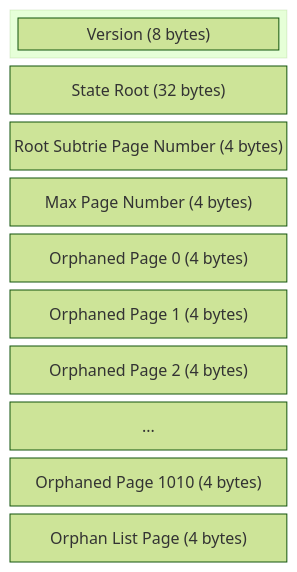
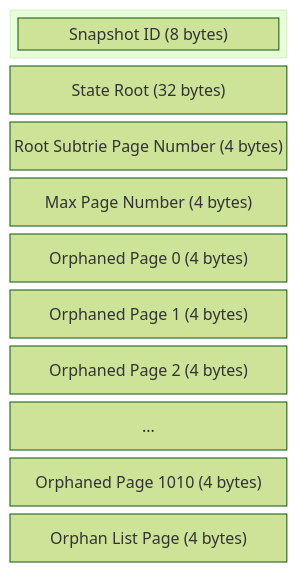
One commit to base/triedb changed the third of 8 diagrams in README.md. Above: the diagram before and after it, drawn with Mermaid (forest theme). The commit also changed other lines of this file, not shown here.

Commit message:
Rename Version -> snapshot id for consistency

````diff
--- a/README.md
+++ b/README.md
@@ -79,16 +80,16 @@
 ```mermaid
 block-beta
   columns 1
   block:outer
-    Version["Version (8 bytes)"]
+    SnapshotID["Snapshot ID (8 bytes)"]
   end
   StateRoot["State Root (32 bytes)"]
   RootPageNum["Root Subtrie Page Number (4 bytes)"]
   MaxPageNum["Max Page Number (4 bytes)"]
   O0["Orphaned Page 0 (4 bytes)"]
   O1["Orphaned Page 1 (4 bytes)"]
   O2["Orphaned Page 2 (4 bytes)"]
   OETC["..."]
   OLast["Orphaned Page 1010 (4 bytes)"]
   ONext["Orphan List Page (4 bytes)"]
 ```
````
